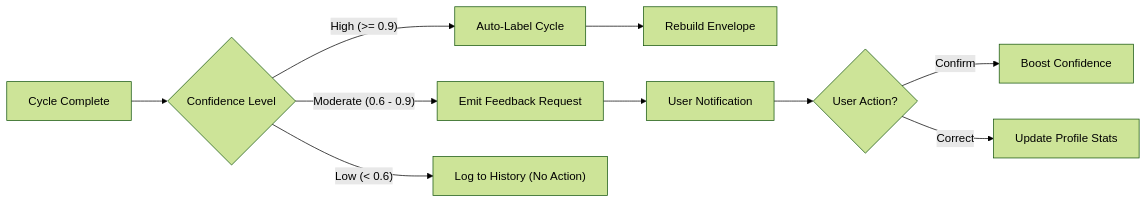
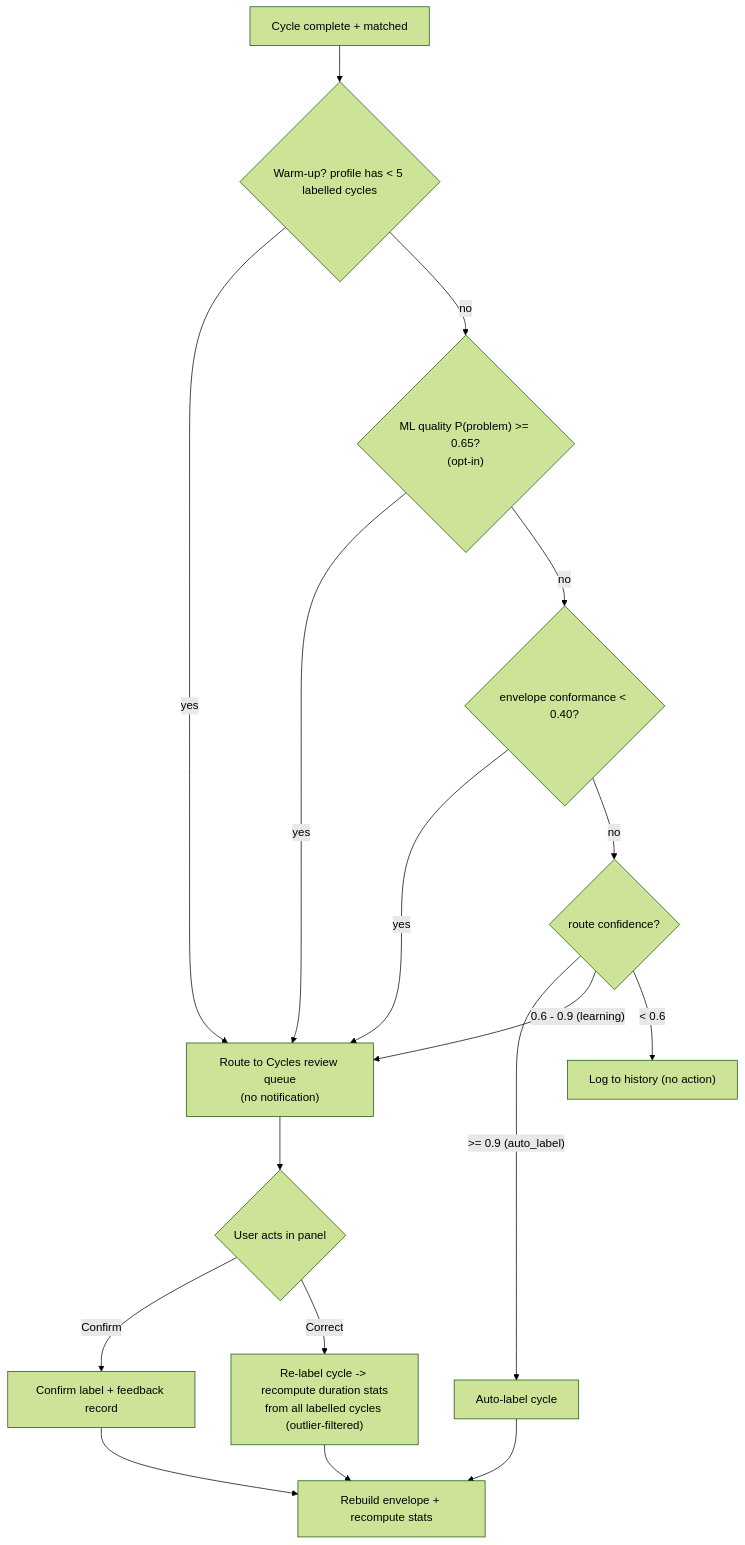
One commit to 3dg1luk43/ha_washdata changed the seventh of 10 diagrams in IMPLEMENTATION.md. Above: the diagram before and after it, drawn with Mermaid (forest theme). The commit also changed other lines of this file and 7 other files, not shown here.

````diff
--- a/IMPLEMENTATION.md
+++ b/IMPLEMENTATION.md
@@ -159,16 +748,19 @@
 ```mermaid
-graph LR
-    A[Cycle Complete] --> B{Confidence Level}
-    
-    B -- "High (>= 0.9)" --> C[Auto-Label Cycle]
-    C --> D[Rebuild Envelope]
-    
-    B -- "Moderate (0.6 - 0.9)" --> E[Emit Feedback Request]
-    E --> F[User Notification]
-    F --> G{User Action?}
-    
-    G -- Confirm --> H[Boost Confidence]
-    G -- Correct --> I[Update Profile Stats]
-    
-    B -- "Low (< 0.6)" --> J["Log to History (No Action)"]
+graph TD
+    A["Cycle complete + matched"] --> W{"Warm-up? profile has &lt; 5 labelled cycles"}
+    W -- yes --> RQ["Route to Cycles review queue<br/>(no notification)"]
+    W -- no --> QG{"ML quality P(problem) &gt;= 0.65?<br/>(opt-in)"}
+    QG -- yes --> RQ
+    QG -- no --> CF{"envelope conformance &lt; 0.40?"}
+    CF -- yes --> RQ
+    CF -- no --> B{"route confidence?"}
+    B -- "&gt;= 0.9 (auto_label)" --> C["Auto-label cycle"]
+    C --> D["Rebuild envelope + recompute stats"]
+    B -- "0.6 - 0.9 (learning)" --> RQ
+    B -- "&lt; 0.6" --> J["Log to history (no action)"]
+    RQ --> G{"User acts in panel"}
+    G -- Confirm --> H["Confirm label + feedback record"]
+    G -- Correct --> I["Re-label cycle -&gt; recompute duration stats<br/>from all labelled cycles (outlier-filtered)"]
+    H --> D
+    I --> D
 ```
````
